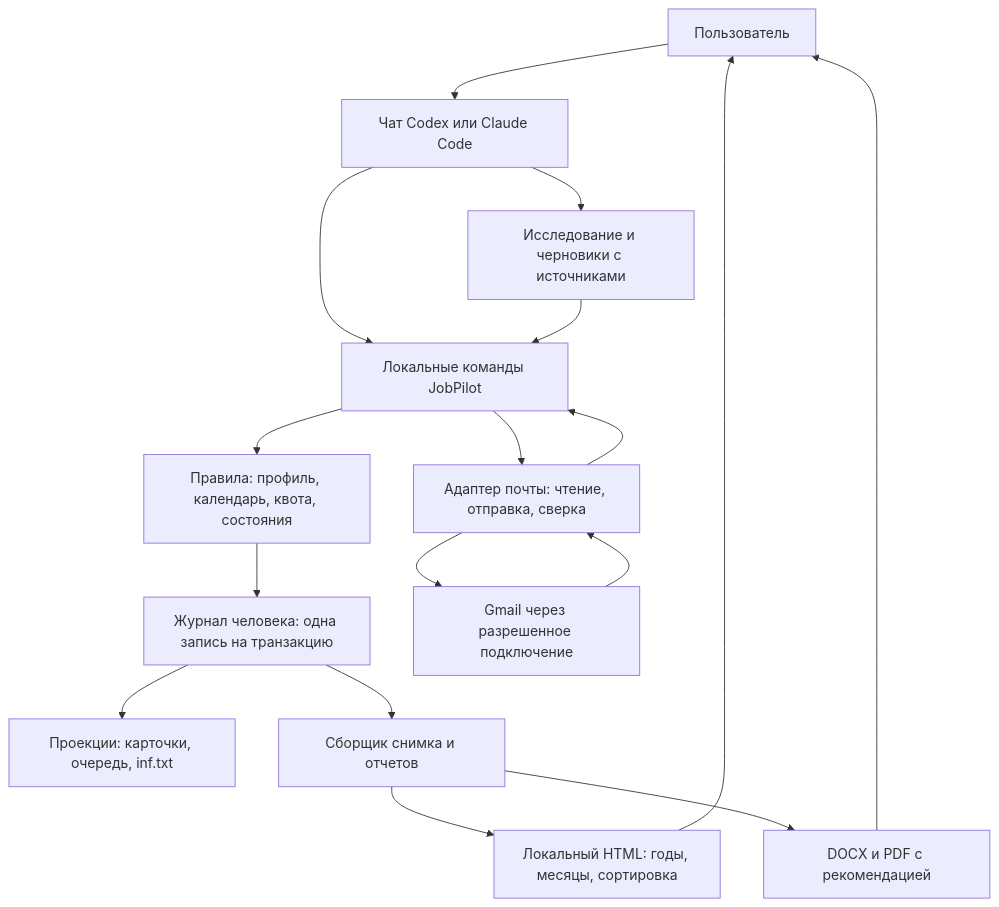
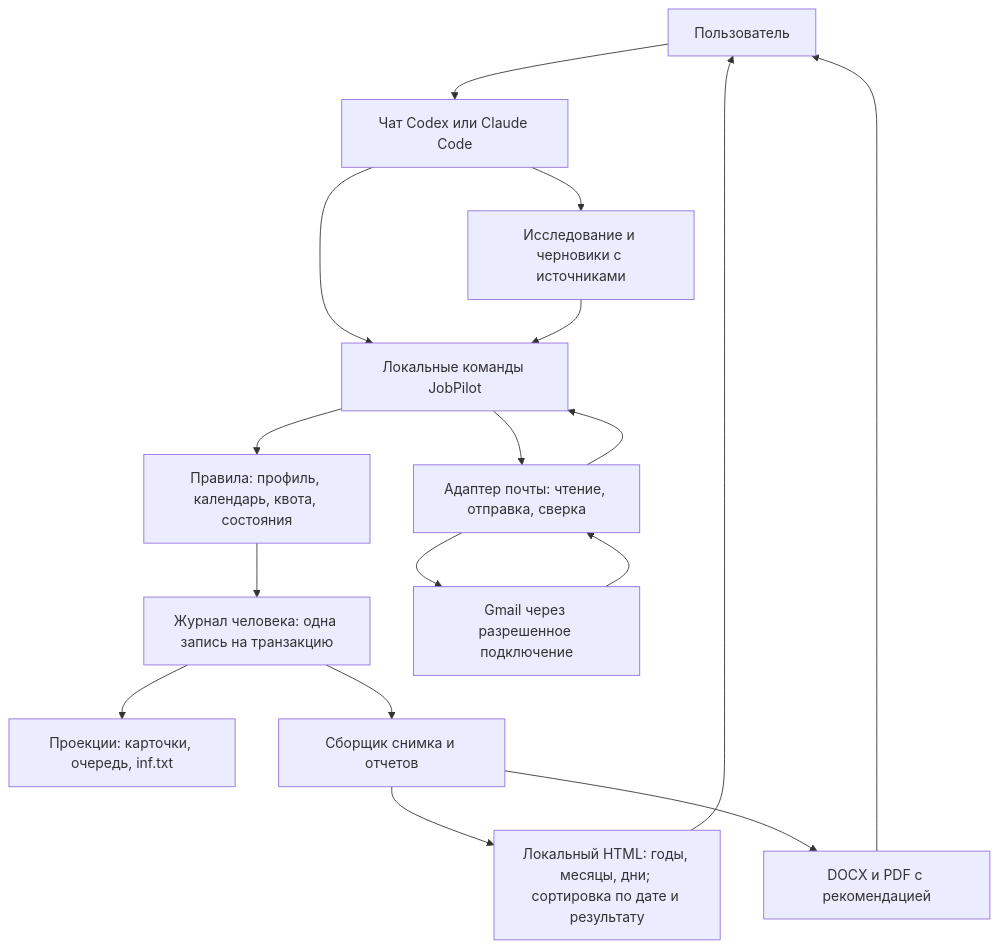
Before and after one commit to HomenSAI/homensai-jobpilot: the diagram in docs/ru/ARCHITECTURE.md, drawn with Mermaid. The commit also changed other lines of this file and 7 other files, not shown here.

````diff
--- a/docs/ru/ARCHITECTURE.md
+++ b/docs/ru/ARCHITECTURE.md
@@ -15,19 +15,19 @@
 ```mermaid
 flowchart TD
     U[Пользователь] --> A[Чат Codex или Claude Code]
     A --> C[Локальные команды JobPilot]
     A --> R[Исследование и черновики с источниками]
     R --> C
     C --> D[Правила: профиль, календарь, квота, состояния]
     D --> J[Журнал человека: одна запись на транзакцию]
     J --> P[Проекции: карточки, очередь, inf.txt]
     C --> M[Адаптер почты: чтение, отправка, сверка]
     M --> G[Gmail через разрешенное подключение]
     G --> M
     M --> C
     J --> B[Сборщик снимка и отчетов]
-    B --> H[Локальный HTML: годы, месяцы, сортировка]
+    B --> H[Локальный HTML: годы, месяцы, дни; сортировка по дате и результату]
     B --> F[DOCX и PDF с рекомендацией]
     H --> U
     F --> U
 ```
````
